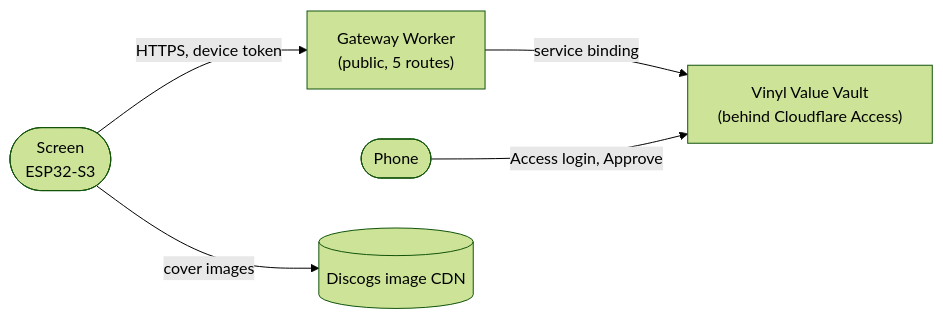
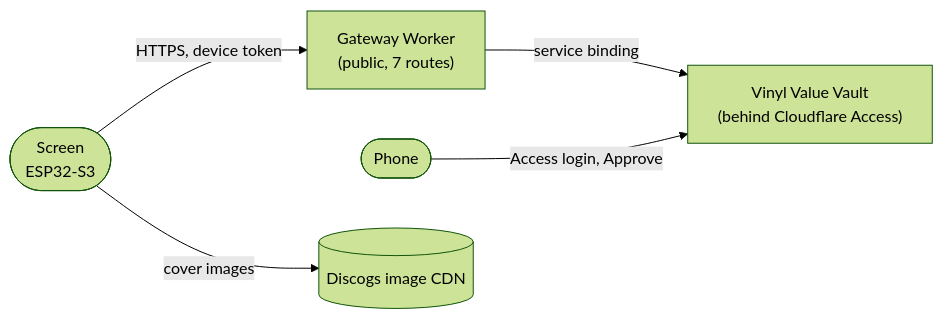
Before and after one commit to JakubMini/vinyl-vault-screen: the diagram in README.md, drawn with Mermaid (forest theme). The commit also changed other lines of this file and 14 other files, not shown here.

````diff
--- a/README.md
+++ b/README.md
@@ -47,7 +52,7 @@
 ```mermaid
 flowchart LR
-  screen(["Screen<br/>ESP32-S3"]) -->|HTTPS, device token| gateway["Gateway Worker<br/>(public, 5 routes)"]
+  screen(["Screen<br/>ESP32-S3"]) -->|HTTPS, device token| gateway["Gateway Worker<br/>(public, 7 routes)"]
   gateway -->|service binding| vault["Vinyl Value Vault<br/>(behind Cloudflare Access)"]
   phone(["Phone"]) -->|Access login, Approve| vault
   screen -->|cover images| discogs[("Discogs image CDN")]
 ```
````
